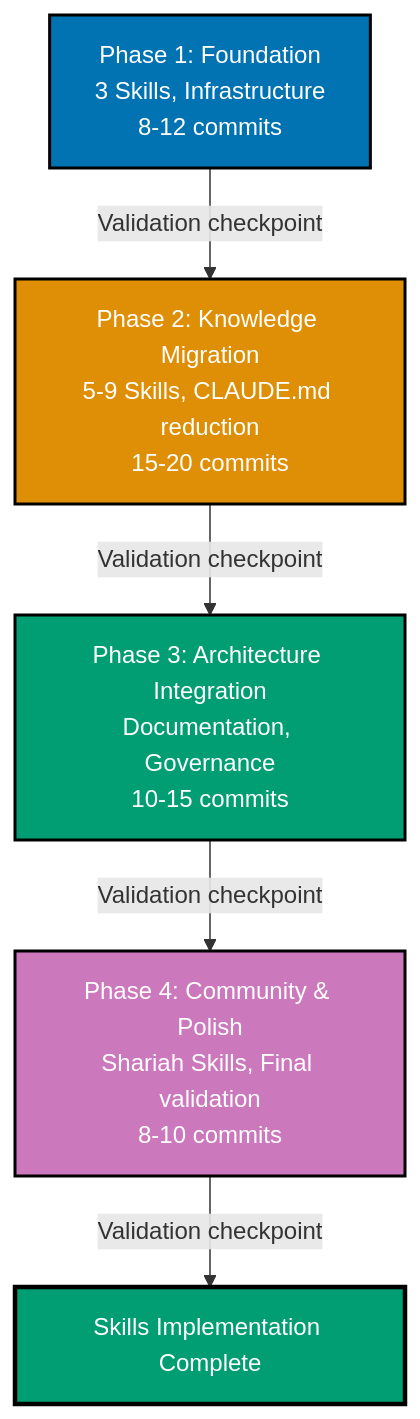
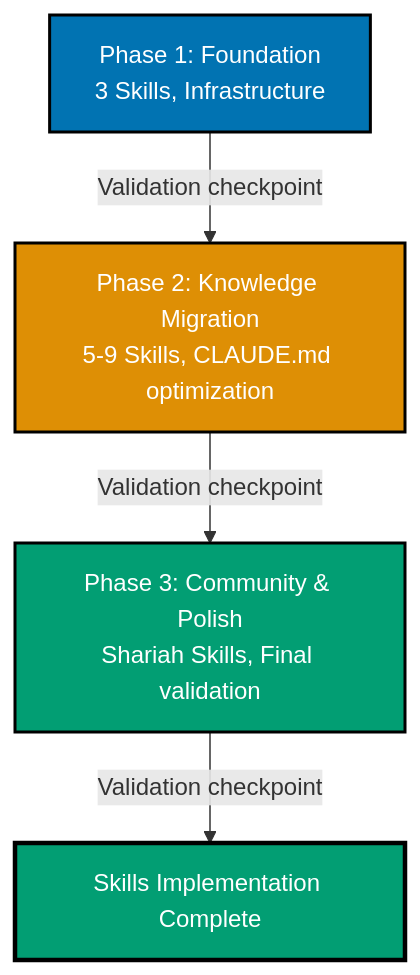
The fourth of 4 diagrams in plans/backlog/2026-01-02__skills-layer-implementation/tech-docs.md (wahidyankf/open-sharia-enterprise), drawn with Mermaid before and after one commit. The commit also changed other lines of this file and 4 other files, not shown here.

First line of the commit message:
refactor(plans): revise Skills plan - infrastructure model, not governance layer

````diff
--- a/plans/backlog/2026-01-02__skills-layer-implementation/tech-docs.md
+++ b/plans/backlog/2026-01-02__skills-layer-implementation/tech-docs.md
@@ -1091,19 +568,16 @@
 ```mermaid
-%% Color Palette: Blue #0173B2, Orange #DE8F05, Teal #029E73, Purple #CC78BC
+%% Color Palette: Blue #0173B2, Orange #DE8F05, Teal #029E73
 graph TD
-    Phase1[Phase 1: Foundation<br/>3 Skills, Infrastructure<br/>8-12 commits]
-    Phase2[Phase 2: Knowledge Migration<br/>5-9 Skills, CLAUDE.md reduction<br/>15-20 commits]
-    Phase3[Phase 3: Architecture Integration<br/>Documentation, Governance<br/>10-15 commits]
-    Phase4[Phase 4: Community & Polish<br/>Shariah Skills, Final validation<br/>8-10 commits]
+    Phase1[Phase 1: Foundation<br/>3 Skills, Infrastructure]
+    Phase2[Phase 2: Knowledge Migration<br/>5-9 Skills, CLAUDE.md optimization]
+    Phase3[Phase 3: Community & Polish<br/>Shariah Skills, Final validation]
 
     Phase1 -->|Validation checkpoint| Phase2
     Phase2 -->|Validation checkpoint| Phase3
-    Phase3 -->|Validation checkpoint| Phase4
-    Phase4 -->|Validation checkpoint| Complete[Skills Implementation Complete]
+    Phase3 -->|Validation checkpoint| Complete[Skills Implementation Complete]
 
     style Phase1 fill:#0173B2,stroke:#000000,color:#FFFFFF,stroke-width:2px
     style Phase2 fill:#DE8F05,stroke:#000000,color:#FFFFFF,stroke-width:2px
     style Phase3 fill:#029E73,stroke:#000000,color:#FFFFFF,stroke-width:2px
-    style Phase4 fill:#CC78BC,stroke:#000000,color:#FFFFFF,stroke-width:2px
     style Complete fill:#029E73,stroke:#000000,color:#FFFFFF,stroke-width:3px
 ```
````
